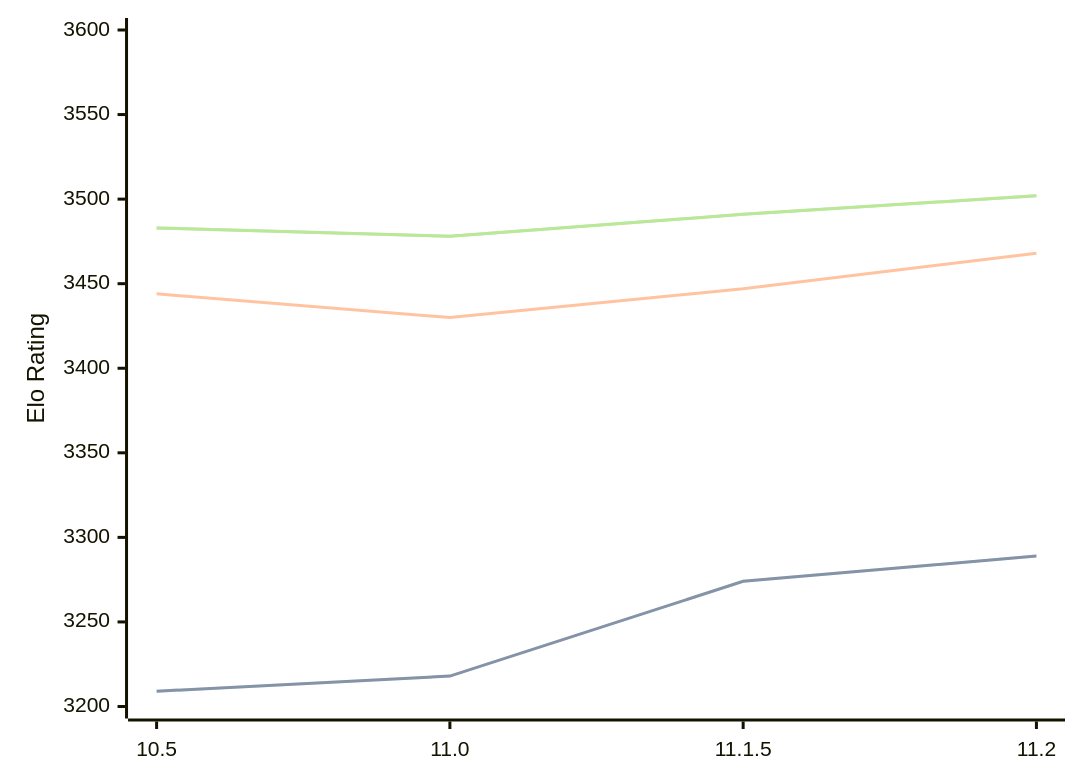
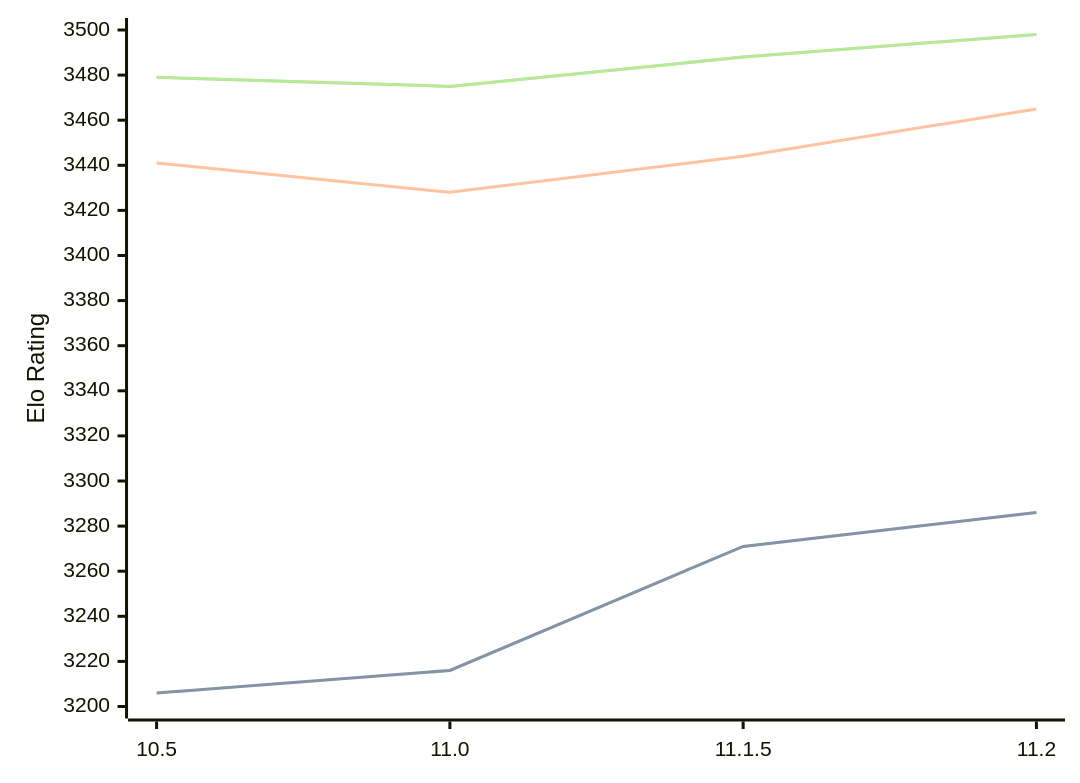
Before and after one commit to computer-chess-index/cci: the diagram in engines/Lizard.md, drawn with Mermaid. The commit also changed other lines of this file, not shown here.

Commit message:
Update CCI Ratings (ELO VLTC) - 2026-06-08

````diff
--- a/engines/Lizard.md
+++ b/engines/Lizard.md
@@ -46,11 +46,11 @@
 ```mermaid
 %%{init: {"theme":"base","themeVariables":{"seriesColors:['#a3a3a3','#222221','#faa371']}}}%%
 xychart-beta
   x-axis ["10.5", "11.0", "11.1.5", "11.2"]
-  y-axis "Elo Rating" 3200 --> 3600
-  line "STC (8.0+0.08s)" [3209, 3218, 3274, 3289]
-  line "STC (8.0+0.08s)" [3209, 3218, 3274, 3289]
-  line "LTC (60.0+0.60s)" [3444, 3430, 3447, 3468]
-  line "VLTC (2m24s+1.12s)" [3483, 3478, 3491, 3502]
-  line "VLTC (2m24s+1.12s)" [3483, 3478, 3491, 3502]
+  y-axis "Elo Rating" 3200 --> 3500
+  line "STC (8.0+0.08s)" [3206, 3216, 3271, 3286]
+  line "STC (8.0+0.08s)" [3206, 3216, 3271, 3286]
+  line "LTC (60.0+0.60s)" [3441, 3428, 3444, 3465]
+  line "VLTC (2m24s+1.12s)" [3479, 3475, 3488, 3498]
+  line "VLTC (2m24s+1.12s)" [3479, 3475, 3488, 3498]
 ```
````
